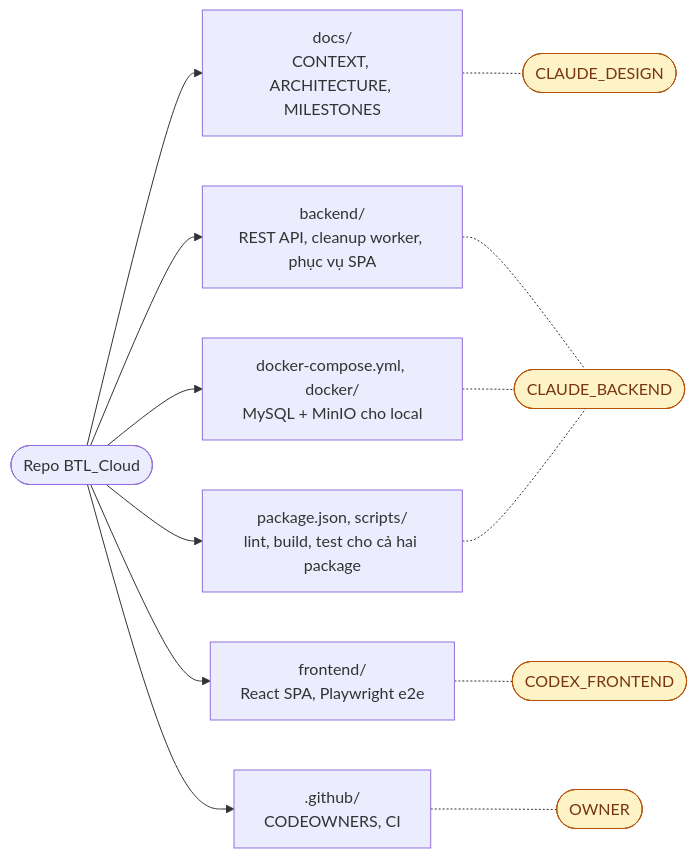
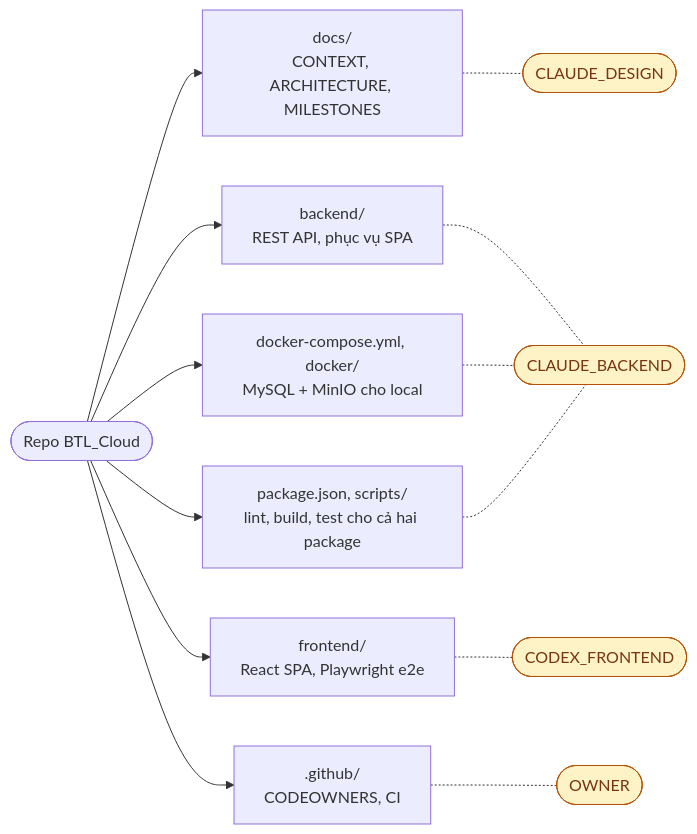
One commit to august0362/btl_cloud changed the first of 38 diagrams in docs/ARCHITECTURE.md. Above: the diagram before and after it, drawn with Mermaid. The commit also changed other lines of this file and 1 other file, not shown here.

````diff
--- a/docs/ARCHITECTURE.md
+++ b/docs/ARCHITECTURE.md
@@ -90,18 +90,18 @@
 ```mermaid
 flowchart LR
   root(["Repo BTL_Cloud"])
   root --> docs["docs/<br/>CONTEXT, ARCHITECTURE, MILESTONES"]
-  root --> be["backend/<br/>REST API, cleanup worker, phục vụ SPA"]
+  root --> be["backend/<br/>REST API, phục vụ SPA"]
   root --> fe["frontend/<br/>React SPA, Playwright e2e"]
   root --> infra["docker-compose.yml, docker/<br/>MySQL + MinIO cho local"]
   root --> tooling["package.json, scripts/<br/>lint, build, test cho cả hai package"]
   root --> gh[".github/<br/>CODEOWNERS, CI"]
   docs -.- o1(["CLAUDE_DESIGN"])
   be -.- o2(["CLAUDE_BACKEND"])
   infra -.- o2
   tooling -.- o2
   fe -.- o3(["CODEX_FRONTEND"])
   gh -.- o4(["OWNER"])
   classDef owner fill:#FEF3C7,stroke:#B45309,color:#78350F
   class o1,o2,o3,o4 owner
 ```
````
